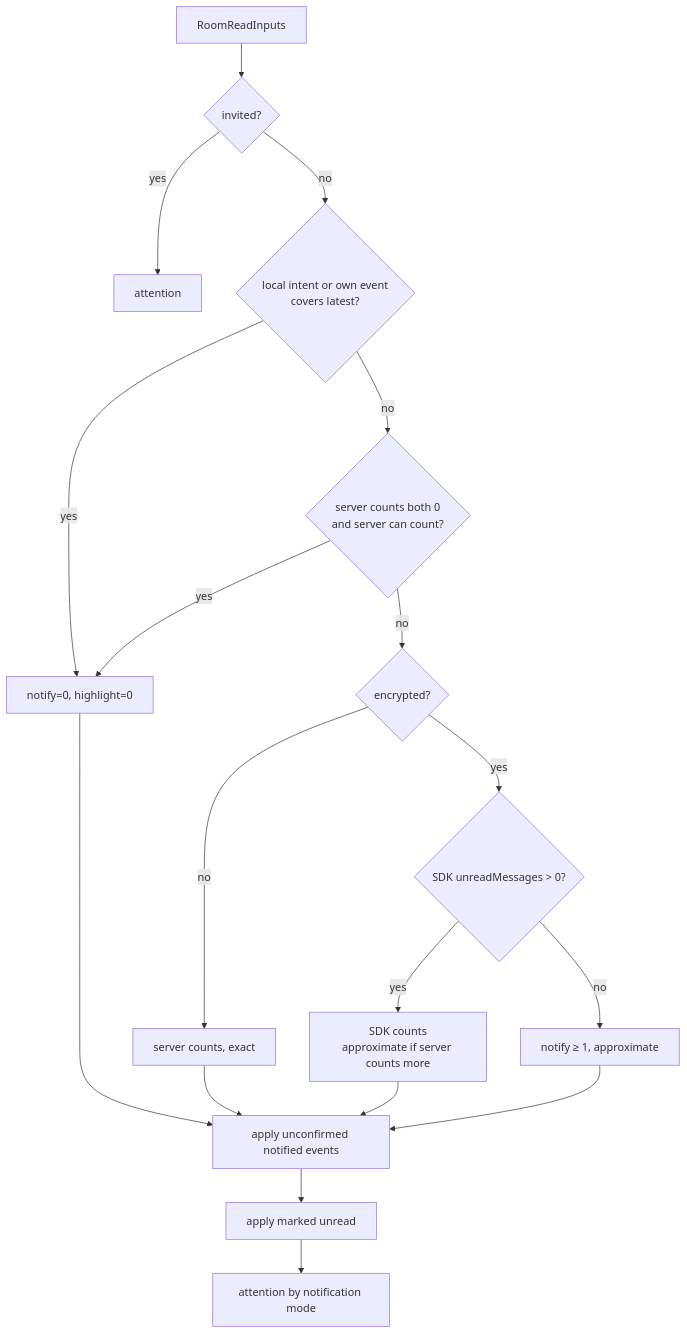
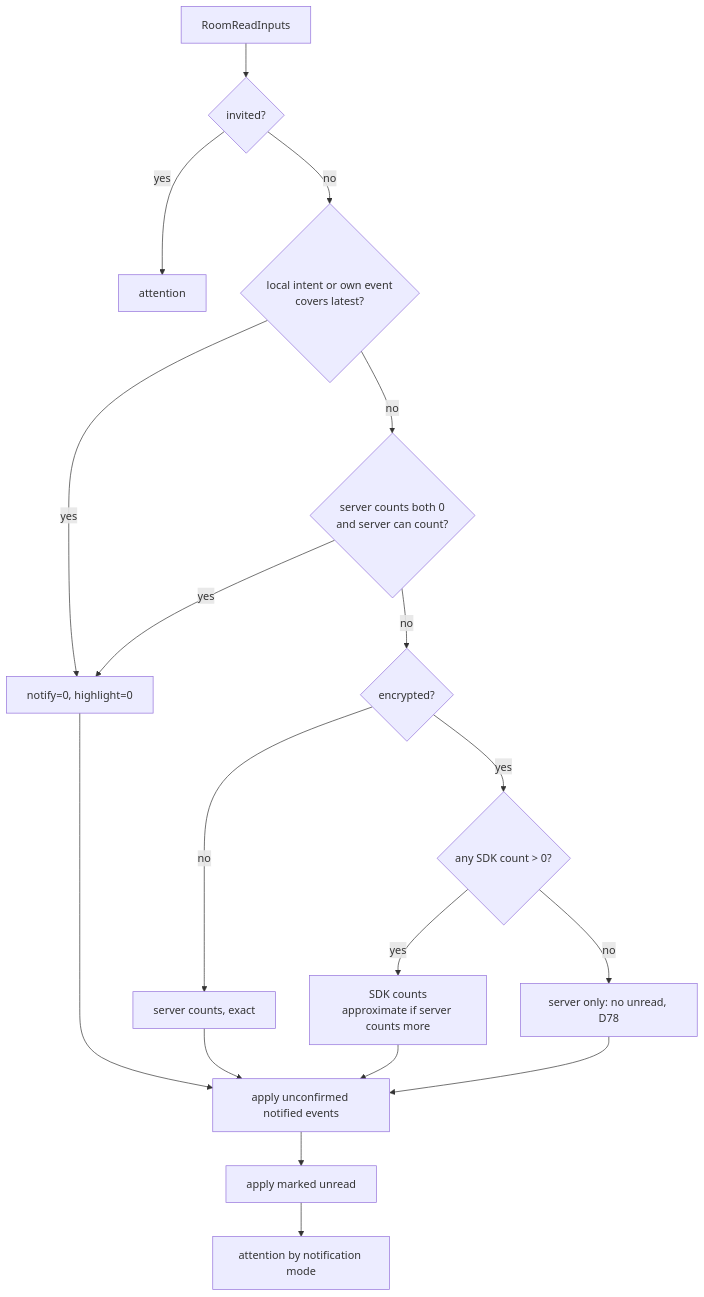
Before and after one commit to evan1ee/halo: the first of 2 diagrams in docs/matrix/UNREAD_STATE.md, drawn with Mermaid. The commit also changed other lines of this file and 21 other files, not shown here.

````diff
--- a/docs/matrix/UNREAD_STATE.md
+++ b/docs/matrix/UNREAD_STATE.md
@@ -145,20 +145,20 @@
 ```mermaid
 flowchart TD
   S[RoomReadInputs] --> I{invited?}
   I -- yes --> ATT[attention]
   I -- no --> E1{local intent or own event<br/>covers latest?}
   E1 -- yes --> Z[notify=0, highlight=0]
   E1 -- no --> E2{server counts both 0<br/>and server can count?}
   E2 -- yes --> Z
   E2 -- no --> ENC{encrypted?}
   ENC -- no --> SC[server counts, exact]
-  ENC -- yes --> SAW{SDK unreadMessages > 0?}
+  ENC -- yes --> SAW{any SDK count > 0?}
   SAW -- yes --> SDKC[SDK counts<br/>approximate if server counts more]
-  SAW -- no --> BLIND[notify ≥ 1, approximate]
+  SAW -- no --> BLIND[server only: no unread, D78]
   Z --> E4
   SC --> E4
   SDKC --> E4
   BLIND --> E4
   E4[apply unconfirmed notified events] --> E5[apply marked unread]
   E5 --> MODE[attention by notification mode]
 ```
````
